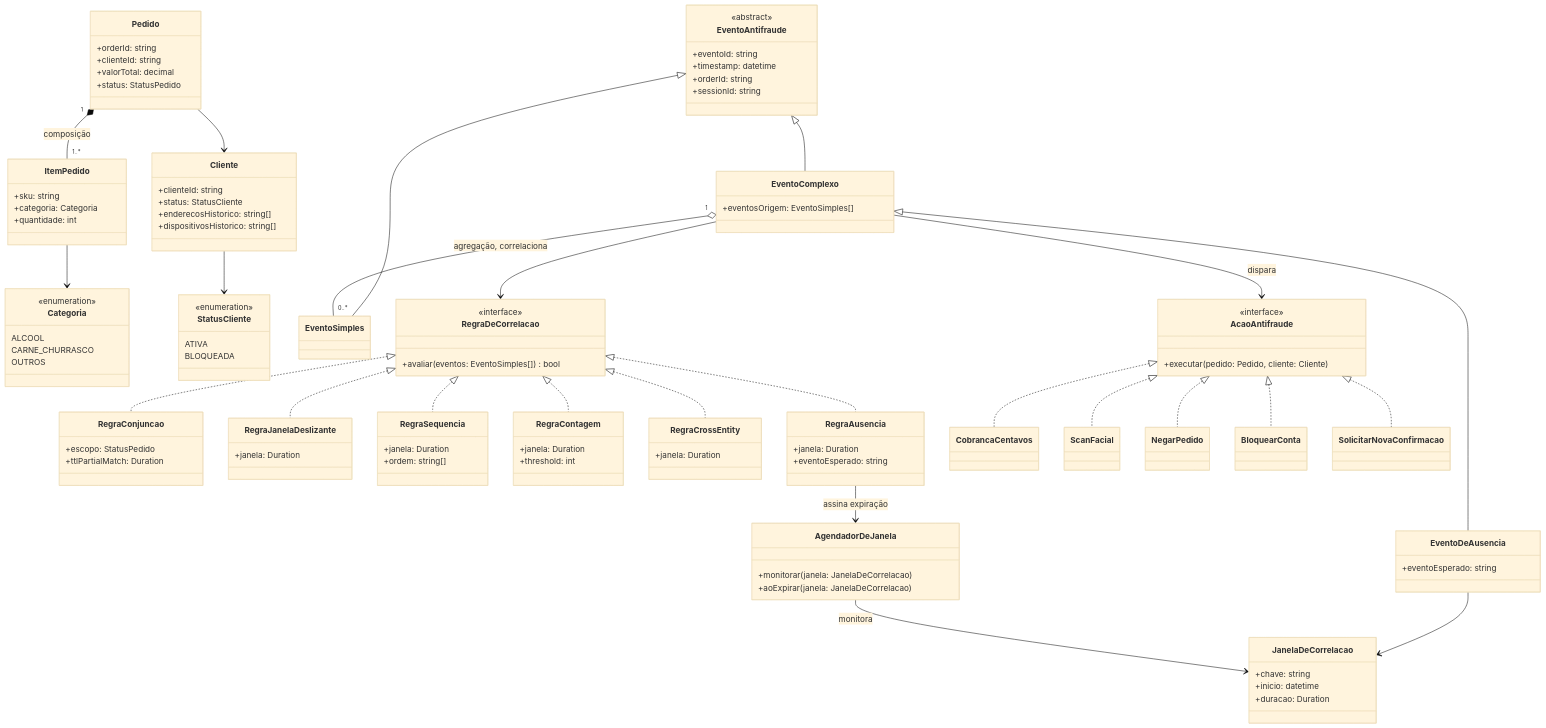
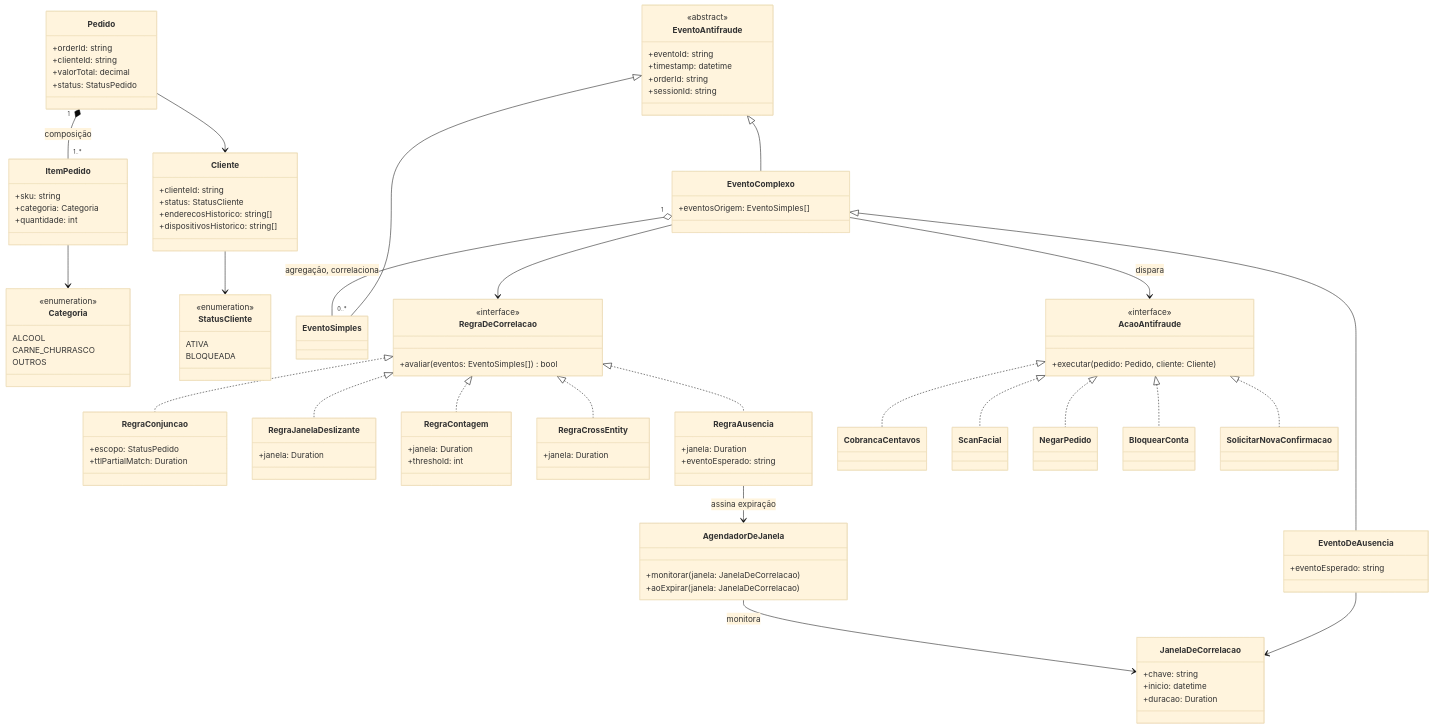
Before and after one commit to AndreLobo1/scsdscd: the first of 6 diagrams in ponderada-cep-antifraude.md, drawn with Mermaid (base theme). The commit also changed other lines of this file, not shown here.

```diff
--- a/ponderada-cep-antifraude.md
+++ b/ponderada-cep-antifraude.md
@@ -127,10 +125,6 @@
     class RegraJanelaDeslizante {
         +janela: Duration
     }
-    class RegraSequencia {
-        +janela: Duration
-        +ordem: string[]
-    }
     class RegraContagem {
         +janela: Duration
         +threshold: int
@@ -167,7 +161,6 @@
     EventoComplexo --> AcaoAntifraude : dispara
     RegraDeCorrelacao <|.. RegraConjuncao
     RegraDeCorrelacao <|.. RegraJanelaDeslizante
-    RegraDeCorrelacao <|.. RegraSequencia
     RegraDeCorrelacao <|.. RegraContagem
     RegraDeCorrelacao <|.. RegraCrossEntity
     RegraDeCorrelacao <|.. RegraAusencia
```
